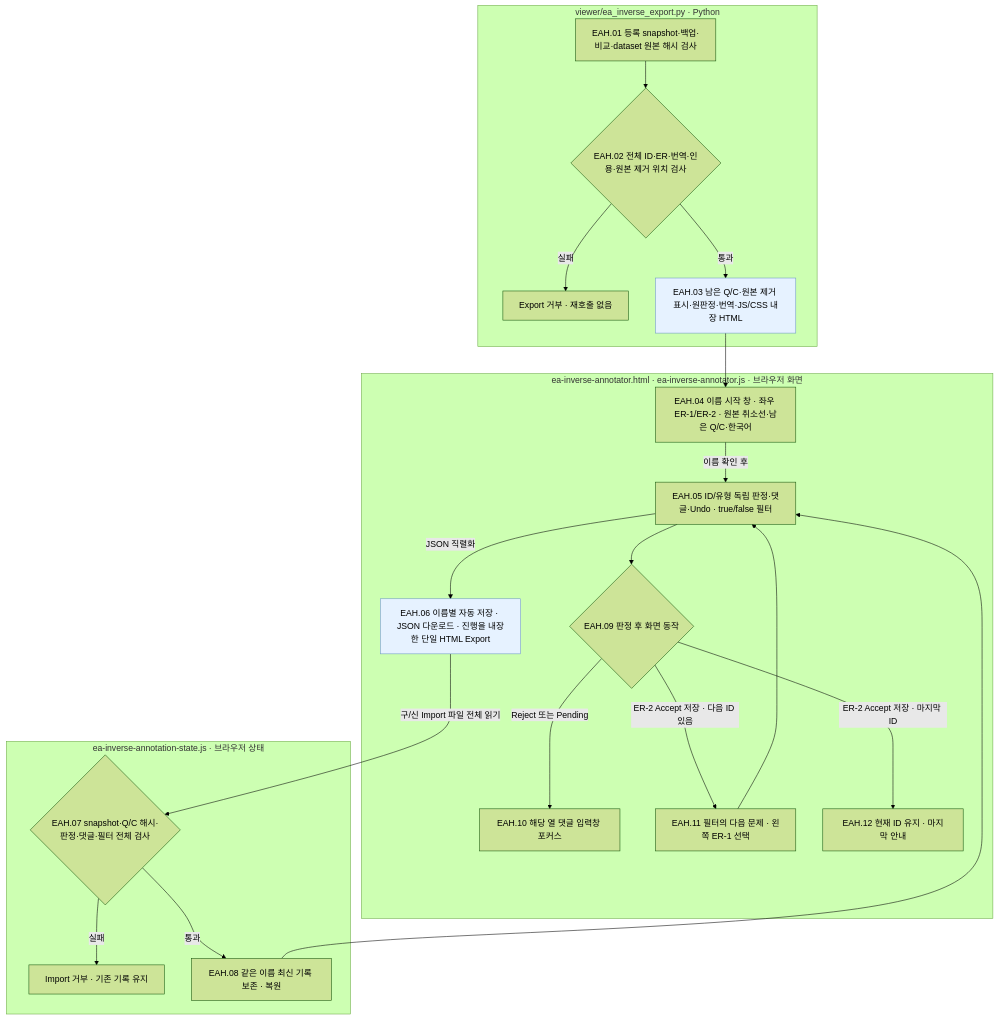
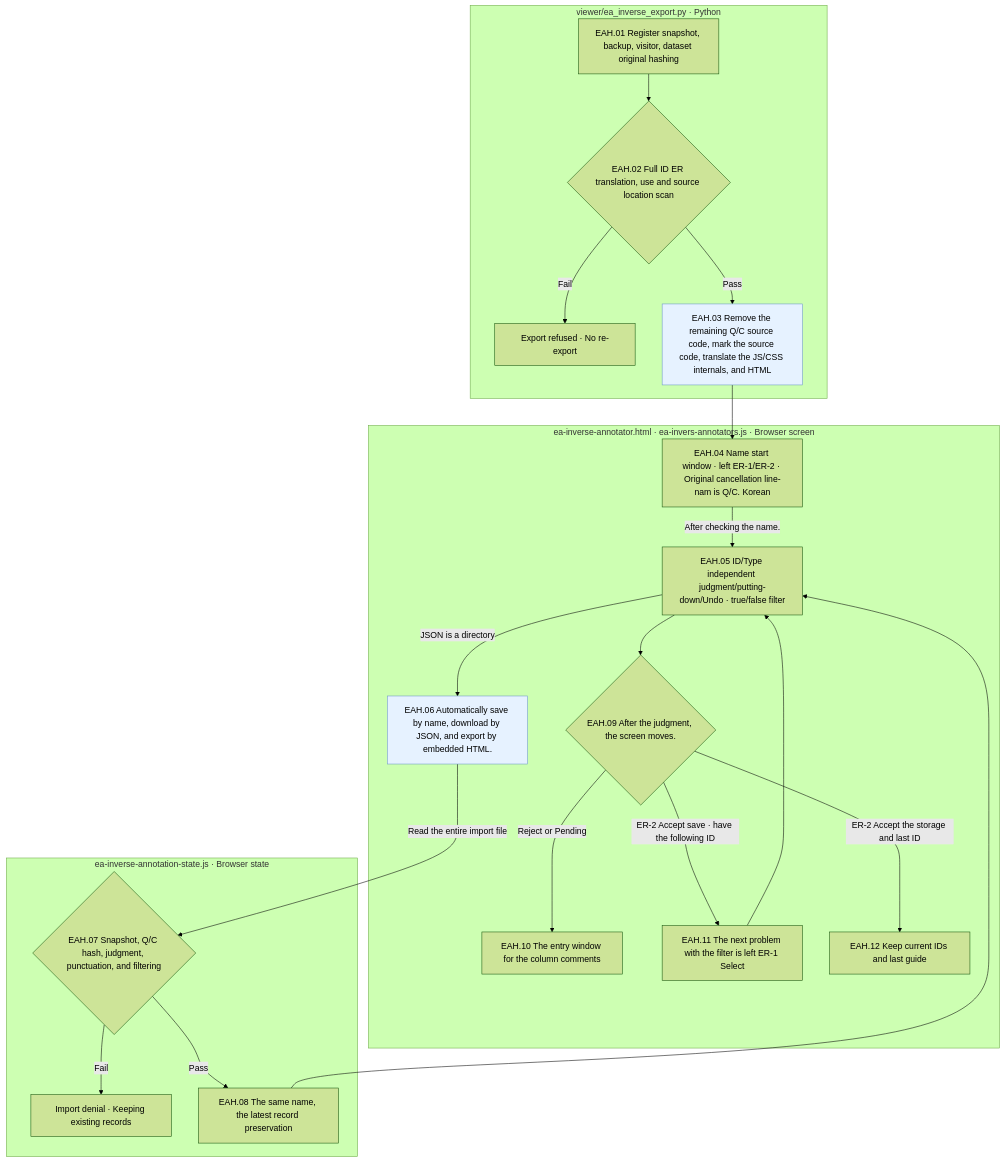
The fourth of 5 diagrams in src/finarch/documentation/templates/stages/01-dataset/02-generation/03-validation/README.md (pnu-clink/finject), drawn with Mermaid (forest theme) before and after one commit. The commit also changed other lines of this file and 644 other files, not shown here.

````diff
--- a/src/finarch/documentation/templates/stages/01-dataset/02-generation/03-validation/README.md
+++ b/src/finarch/documentation/templates/stages/01-dataset/02-generation/03-validation/README.md
@@ -156,27 +156,27 @@
 ```mermaid
 flowchart TD
  subgraph EX["viewer/ea_inverse_export.py · Python"]
-  EAHA["EAH.01 등록 snapshot·백업·비교·dataset 원본 해시 검사"] --> EAHB{"EAH.02 전체 ID·ER·번역·인용·원본 제거 위치 검사"}
-  EAHB -->|실패| EAHX["Export 거부 · 재호출 없음"]
-  EAHB -->|통과| EAHC["EAH.03 남은 Q/C·원본 제거 표시·원판정·번역·JS/CSS 내장 HTML"]
+  EAHA["EAH.01 Register snapshot, backup, visitor, dataset original hashing"] --> EAHB{"EAH.02 Full ID ER translation, use and source location scan"}
+  EAHB -->|Fail| EAHX["Export refused · No re-export"]
+  EAHB -->|Pass| EAHC["EAH.03 Remove the remaining Q/C source code, mark the source code, translate the JS/CSS internals, and HTML"]
  end
- subgraph UI["ea-inverse-annotator.html · ea-inverse-annotator.js · 브라우저 화면"]
-  EAHC --> EAHD["EAH.04 이름 시작 창 · 좌우 ER-1/ER-2 · 원본 취소선·남은 Q/C·한국어"]
-  EAHF["EAH.06 이름별 자동 저장 · JSON 다운로드 · 진행을 내장한 단일 HTML Export"]
-  EAHE --> EAHI{"EAH.09 판정 후 화면 동작"}
-  EAHI -->|Reject 또는 Pending| EAHJ["EAH.10 해당 열 댓글 입력창 포커스"]
-  EAHI -->|ER-2 Accept 저장 · 다음 ID 있음| EAHK["EAH.11 필터의 다음 문제 · 왼쪽 ER-1 선택"]
-  EAHI -->|ER-2 Accept 저장 · 마지막 ID| EAHL["EAH.12 현재 ID 유지 · 마지막 안내"]
+ subgraph UI["ea-inverse-annotator.html · ea-invers-annotators.js · Browser screen"]
+  EAHC --> EAHD["EAH.04 Name start window · left ER-1/ER-2 · Original cancellation line-nam is Q/C. Korean"]
+  EAHF["EAH.06 Automatically save by name, download by JSON, and export by embedded HTML."]
+  EAHE --> EAHI{"EAH.09 After the judgment, the screen moves."}
+  EAHI -->|Reject or Pending| EAHJ["EAH.10 The entry window for the column comments"]
+  EAHI -->|ER-2 Accept save · have the following ID| EAHK["EAH.11 The next problem with the filter is left ER-1 Select"]
+  EAHI -->|ER-2 Accept the storage and last ID| EAHL["EAH.12 Keep current IDs and last guide"]
   EAHK --> EAHE
  end
- subgraph ST["ea-inverse-annotation-state.js · 브라우저 상태"]
-  EAHD -->|이름 확인 후| EAHE["EAH.05 ID/유형 독립 판정·댓글·Undo · true/false 필터"]
-  EAHE -->|JSON 직렬화| EAHF
-  EAHF -->|구/신 Import 파일 전체 읽기| EAHG{"EAH.07 snapshot·Q/C 해시·판정·댓글·필터 전체 검사"}
-  EAHG -->|실패| EAHY["Import 거부 · 기존 기록 유지"]
-  EAHG -->|통과| EAHH["EAH.08 같은 이름 최신 기록 보존 · 복원"]
+ subgraph ST["ea-inverse-annotation-state.js · Browser state"]
+  EAHD -->|After checking the name.| EAHE["EAH.05 ID/Type independent judgment/putting-down/Undo · true/false filter"]
+  EAHE -->|JSON is a directory| EAHF
+  EAHF -->|Read the entire import file| EAHG{"EAH.07 Snapshot, Q/C hash, judgment, punctuation, and filtering"}
+  EAHG -->|Fail| EAHY["Import denial · Keeping existing records"]
+  EAHG -->|Pass| EAHH["EAH.08 The same name, the latest record preservation"]
   EAHH --> EAHE
  end
  classDef file fill:#e6f2ff,stroke:#6a97c2
  class EAHC,EAHF file
 ```
````
